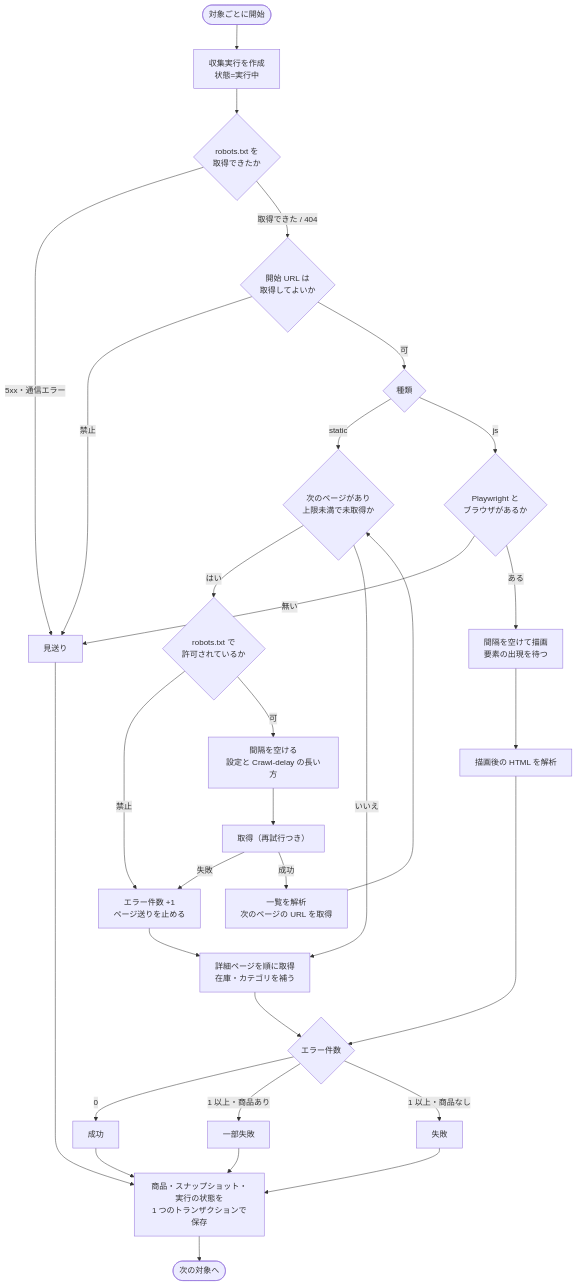
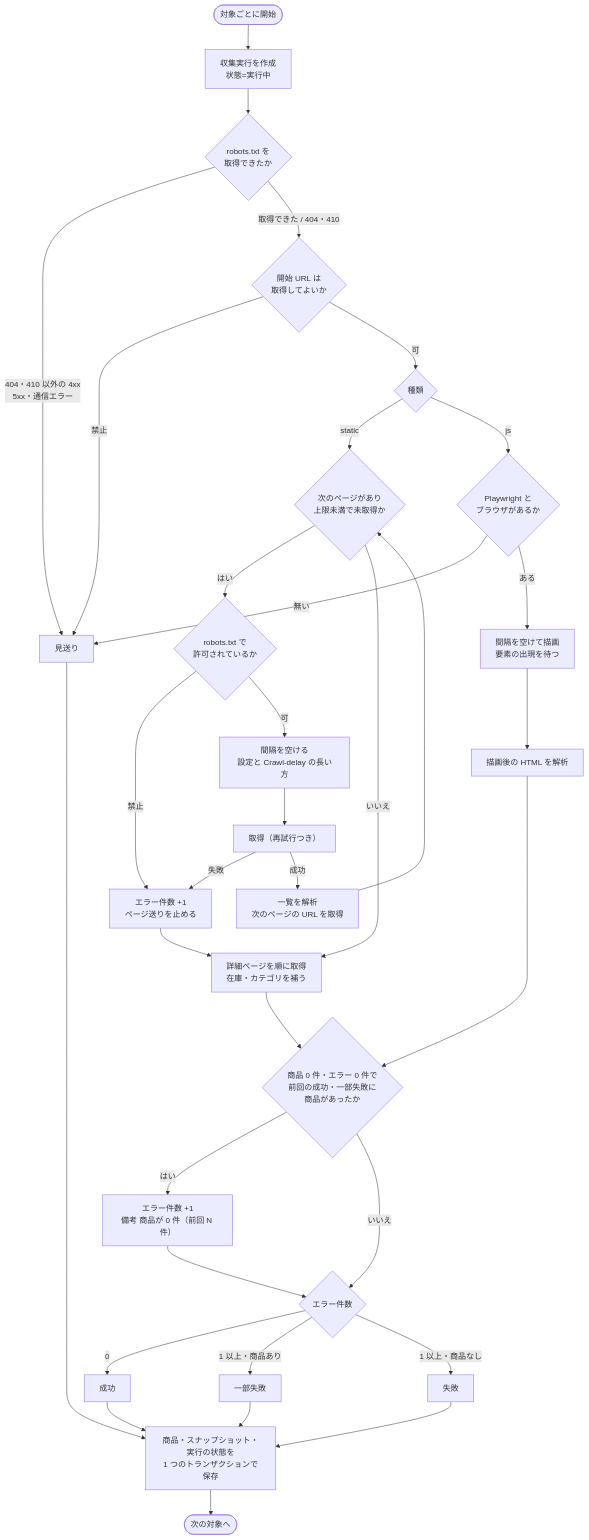
The first of 4 diagrams in docs/03_詳細設計.md (takato-y/web-data-collector), drawn with Mermaid before and after one commit. The commit also changed other lines of this file and 7 other files, not shown here.

````diff
--- a/docs/03_詳細設計.md
+++ b/docs/03_詳細設計.md
@@ -22,33 +23,36 @@
 ```mermaid
 flowchart TD
     S([対象ごとに開始]) --> RUN["収集実行を作成<br/>状態=実行中"]
     RUN --> RB{"robots.txt を<br/>取得できたか"}
-    RB -->|5xx・通信エラー| SKIP["見送り"]
-    RB -->|取得できた / 404| AL{"開始 URL は<br/>取得してよいか"}
+    RB -->|"404・410 以外の 4xx<br/>5xx・通信エラー"| SKIP["見送り"]
+    RB -->|"取得できた / 404・410"| AL{"開始 URL は<br/>取得してよいか"}
     AL -->|禁止| SKIP
     AL -->|可| KIND{"種類"}
     KIND -->|static| LOOP{"次のページがあり<br/>上限未満で未取得か"}
     LOOP -->|はい| CHK{"robots.txt で<br/>許可されているか"}
     CHK -->|禁止| ERR1["エラー件数 +1<br/>ページ送りを止める"]
     CHK -->|可| WAIT["間隔を空ける<br/>設定と Crawl-delay の長い方"]
     WAIT --> GET["取得（再試行つき）"]
     GET -->|失敗| ERR1
     GET -->|成功| PARSE["一覧を解析<br/>次のページの URL を取得"]
     PARSE --> LOOP
     LOOP -->|いいえ| DET["詳細ページを順に取得<br/>在庫・カテゴリを補う"]
     KIND -->|js| JS{"Playwright と<br/>ブラウザがあるか"}
     JS -->|無い| SKIP
     JS -->|ある| RENDER["間隔を空けて描画<br/>要素の出現を待つ"]
     RENDER --> PARSE2["描画後の HTML を解析"]
-    PARSE2 --> ST
-    DET --> ST{"エラー件数"}
+    PARSE2 --> ZERO
+    DET --> ZERO{"商品 0 件・エラー 0 件で<br/>前回の成功・一部失敗に<br/>商品があったか"}
+    ZERO -->|はい| ERR0["エラー件数 +1<br/>備考 商品が 0 件（前回 N 件）"]
+    ZERO -->|いいえ| ST{"エラー件数"}
+    ERR0 --> ST
     ERR1 --> DET
     ST -->|0| OK["成功"]
     ST -->|1 以上・商品あり| PART["一部失敗"]
     ST -->|1 以上・商品なし| FAIL["失敗"]
     OK --> SAVE["商品・スナップショット・実行の状態を<br/>1 つのトランザクションで保存"]
     PART --> SAVE
     FAIL --> SAVE
     SKIP --> SAVE
     SAVE --> E([次の対象へ])
 ```
````
